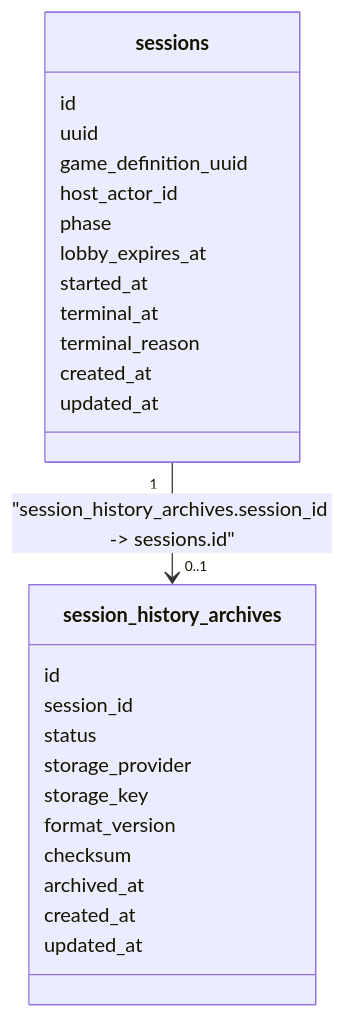
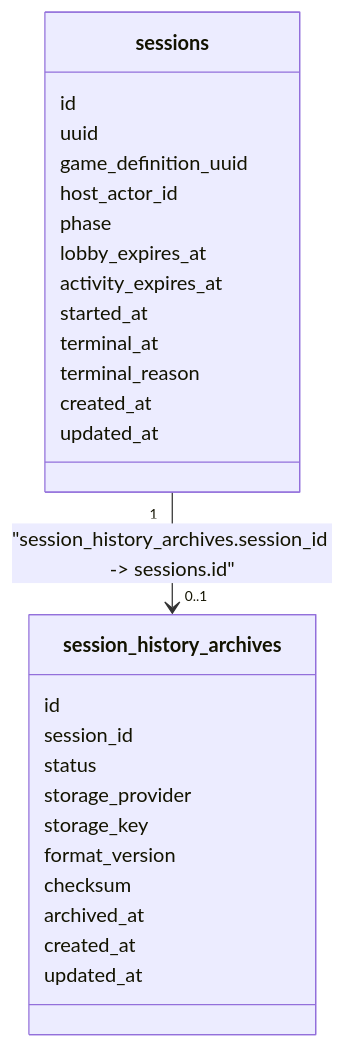
The third of 3 diagrams in game/docs/SESSION_RUNTIME_PERSISTENCE_MODEL.md (diegobermudez03/playhoot), drawn with Mermaid before and after one commit. The commit also changed other lines of this file and 7 other files, not shown here.

````diff
--- a/game/docs/SESSION_RUNTIME_PERSISTENCE_MODEL.md
+++ b/game/docs/SESSION_RUNTIME_PERSISTENCE_MODEL.md
@@ -214,30 +237,31 @@
 ```mermaid
 classDiagram
     class sessions {
         id
         uuid
         game_definition_uuid
         host_actor_id
         phase
         lobby_expires_at
+        activity_expires_at
         started_at
         terminal_at
         terminal_reason
         created_at
         updated_at
     }
     class session_history_archives {
         id
         session_id
         status
         storage_provider
         storage_key
         format_version
         checksum
         archived_at
         created_at
         updated_at
     }
 
     sessions "1" --> "0..1" session_history_archives : "session_history_archives.session_id -> sessions.id"
 ```
````
